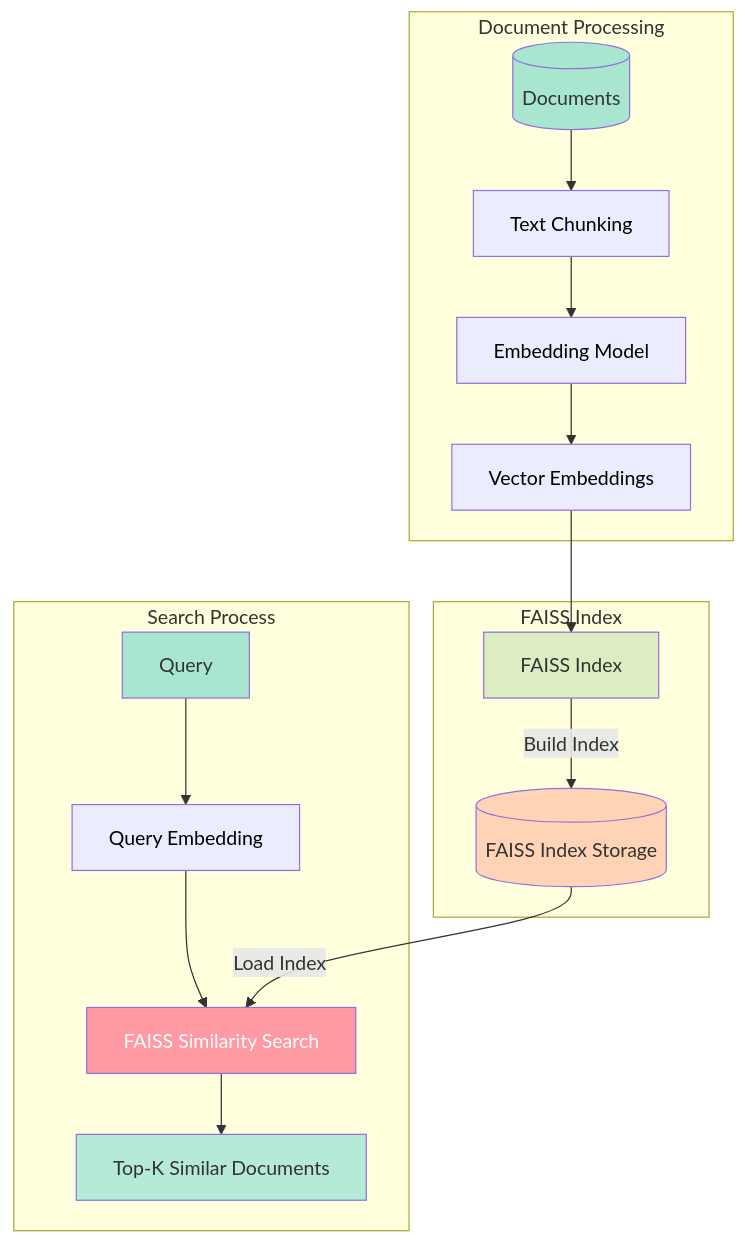
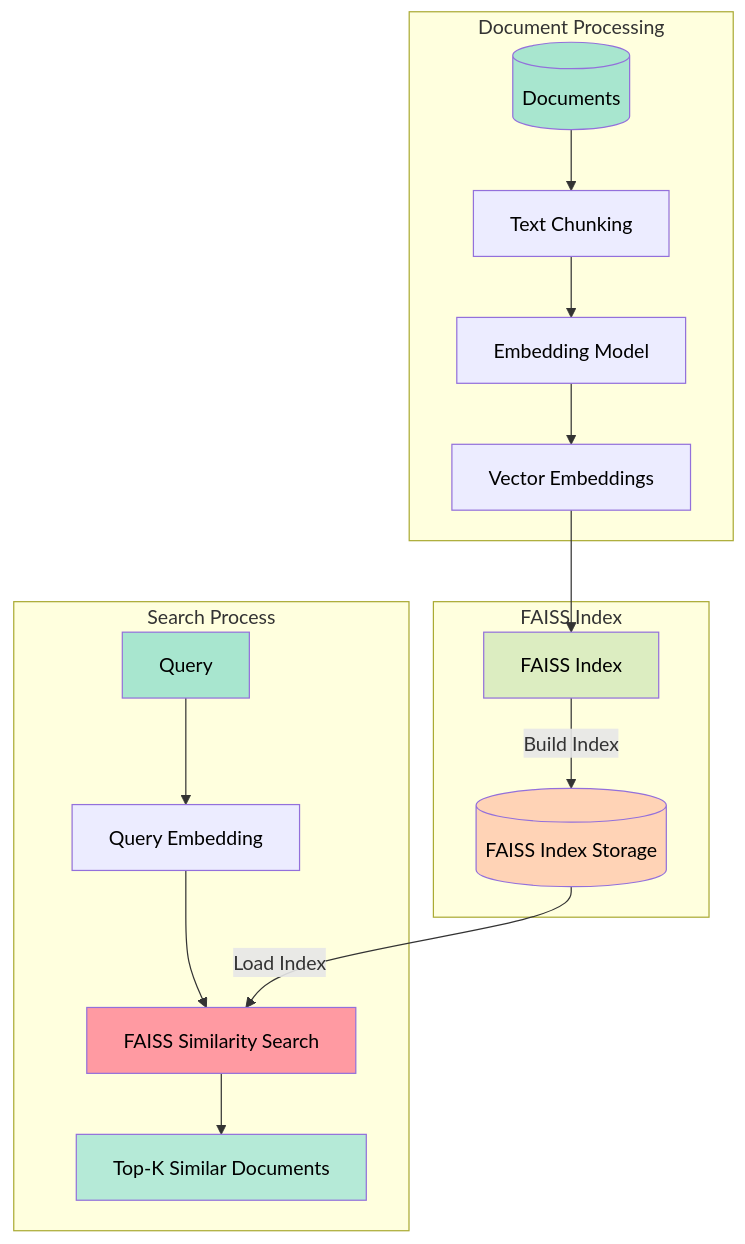
One commit to Minerva142/DenseRetrievalProject changed the second of 2 diagrams in README.md. Above: the diagram before and after it, drawn with Mermaid.

````diff
--- a/README.md
+++ b/README.md
@@ -108,33 +108,33 @@
 ```mermaid
 graph TD
     subgraph Document Processing
         D[(Documents)] --> T[Text Chunking]
         T --> E[Embedding Model]
         E --> V[Vector Embeddings]
     end
 
     subgraph FAISS Index
         V --> I[FAISS Index]
         I -->|Build Index| IX[(FAISS Index Storage)]
     end
 
     subgraph Search Process
         Q[Query] --> QE[Query Embedding]
         QE --> S[FAISS Similarity Search]
         IX -->|Load Index| S
         S --> R[Top-K Similar Documents]
     end
 
-    style D fill:#a8e6cf,color:#333333
-    style Q fill:#a8e6cf,color:#333333
-    style IX fill:#ffd3b6,color:#333333
-    style I fill:#dcedc1,color:#333333
-    style S fill:#ff9aa2,color:#ffffff
-    style R fill:#b5ead7,color:#333333
+    style D fill:#a8e6cf,color:black
+    style Q fill:#a8e6cf,color:black
+    style IX fill:#ffd3b6,color:black
+    style I fill:#dcedc1,color:black
+    style S fill:#ff9aa2,color:black
+    style R fill:#b5ead7,color:black
     style T color:black
     style E color:black
     style V color:black
     style QE color:black
 
 
 ```
````
